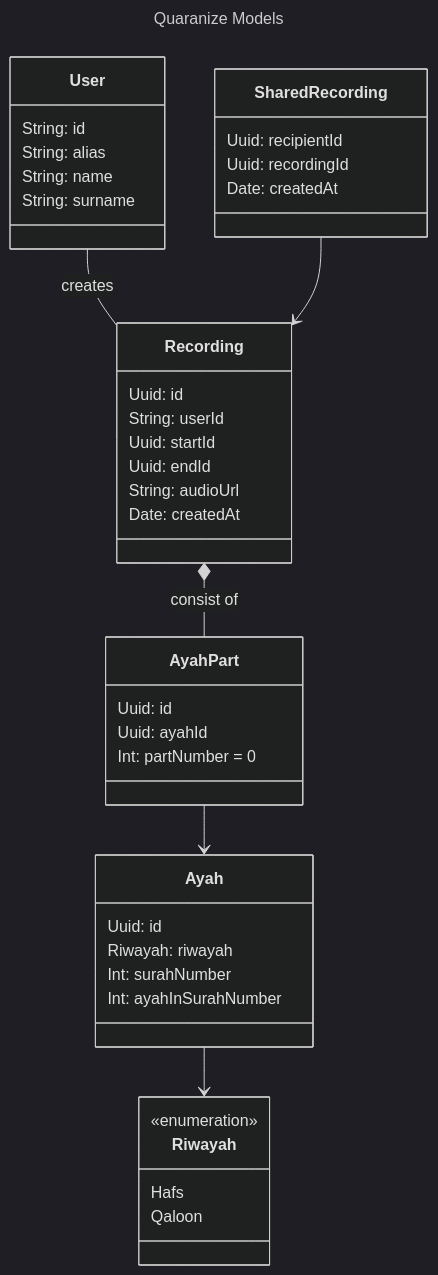
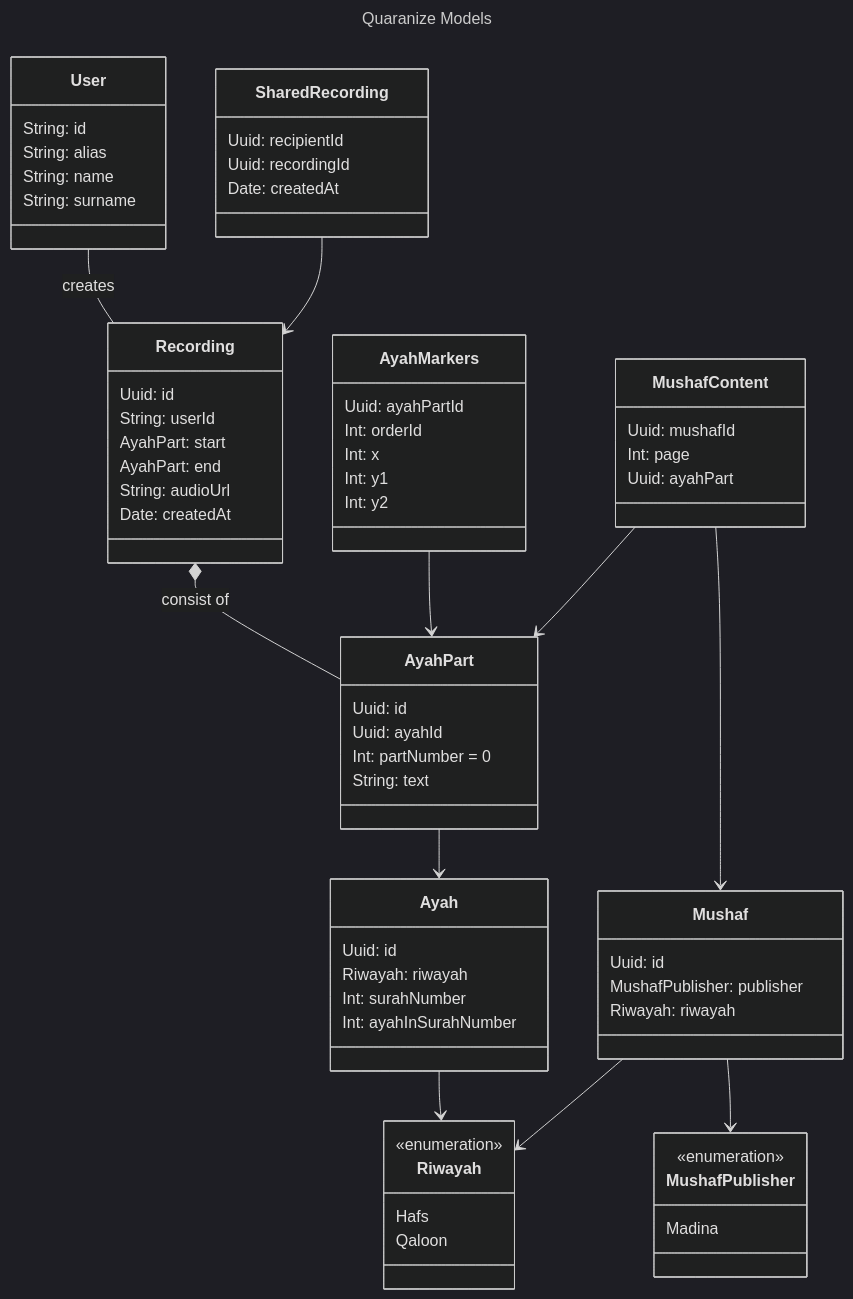
One commit to CrowdsourcingApps/QuaranApp_Backend changed the diagram in models_mvp_v1.mmd. Above: the diagram before and after it, drawn with Mermaid (dark theme).

Commit message:
Added draft versions of models

```diff
--- a/models_mvp_v1.mmd
+++ b/models_mvp_v1.mmd
@@ -1,44 +1,71 @@
 ---
 title: Quaranize Models
 ---
 classDiagram
 class Riwayah {
     <<enumeration>>
     Hafs
     Qaloon
 }
+class MushafPublisher {
+    <<enumeration>>
+    Madina
+}
 class AyahPart {
     Uuid: id
     Uuid: ayahId
     Int: partNumber = 0
+    String: text
 }
 class Ayah {
     Uuid: id
     Riwayah: riwayah
     Int: surahNumber
     Int: ayahInSurahNumber
+}
+class Mushaf {
+    Uuid: id
+    MushafPublisher: publisher
+    Riwayah: riwayah
+}
+class MushafContent {
+    Uuid: mushafId
+    Int: page
+    Uuid: ayahPart
 }
 class User {
     String: id
     String: alias
     String: name
     String: surname
 }
 class Recording {
     Uuid: id
     String: userId
-    Uuid: startId
-    Uuid: endId
+    AyahPart: start
+    AyahPart: end 
     String: audioUrl
     Date: createdAt
 }
 class SharedRecording {
     Uuid: recipientId
     Uuid: recordingId
     Date: createdAt
 }
+class AyahMarkers {
+    Uuid: ayahPartId
+    Int: orderId
+    Int: x
+    Int: y1
+    Int: y2
+}
 Recording *-- AyahPart: consist of
 User -- Recording: creates
 AyahPart --> Ayah
 Ayah --> Riwayah
+Mushaf --> Riwayah
+Mushaf --> MushafPublisher
 SharedRecording --> Recording
+AyahMarkers --> AyahPart
+MushafContent --> Mushaf
+MushafContent --> AyahPart
```
